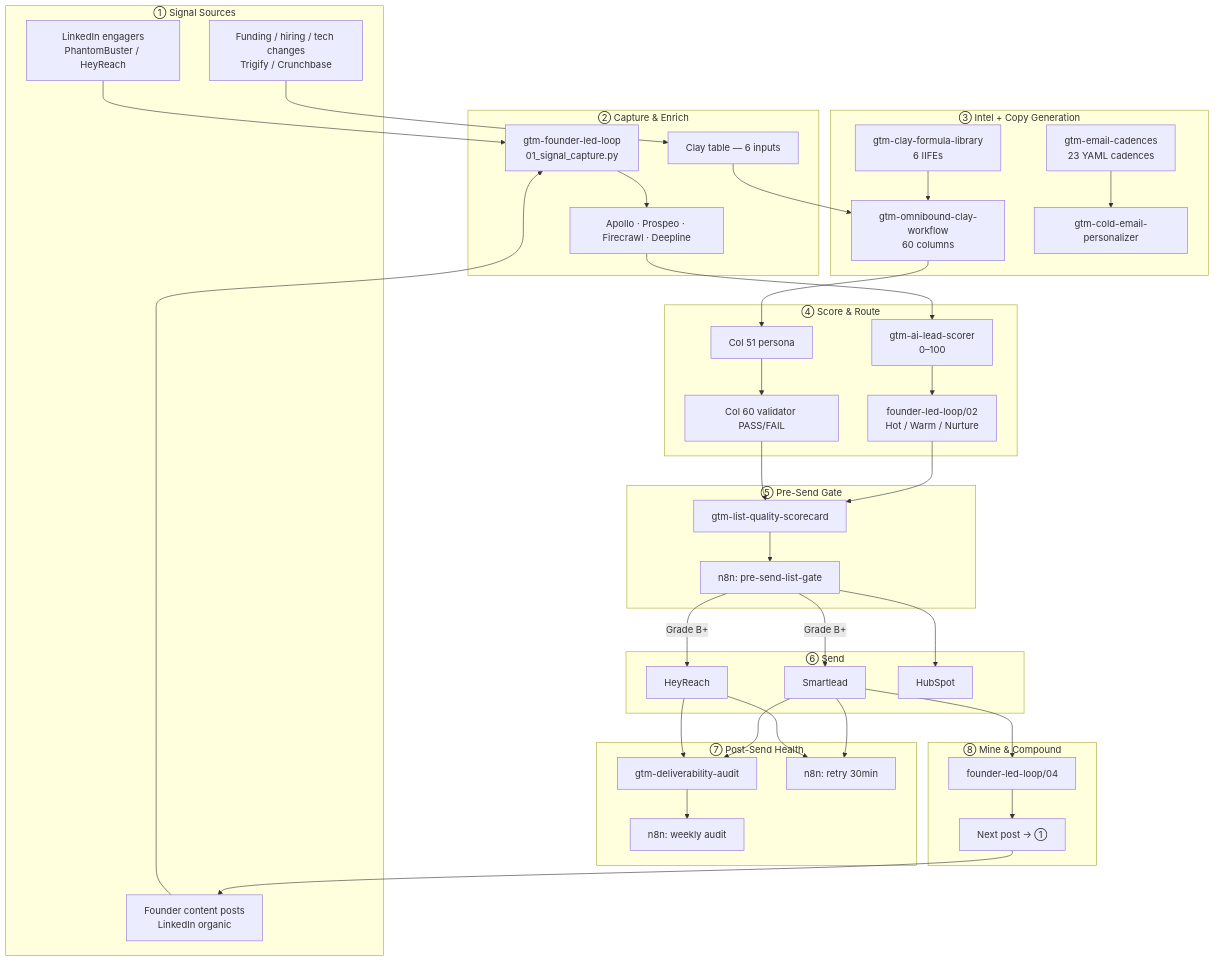
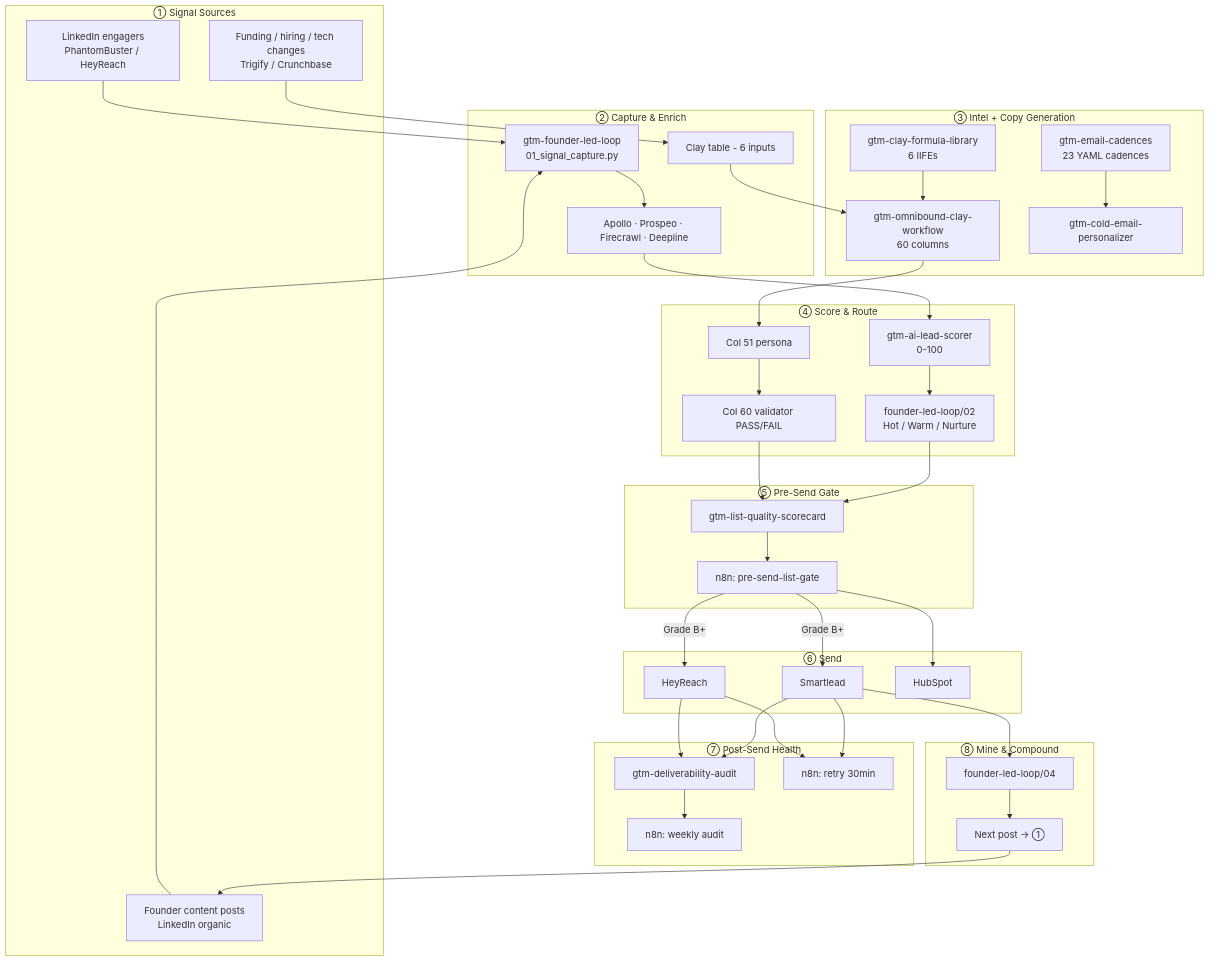
Before and after one commit to rasulshaikh/gtm-portfolio: the first of 6 diagrams in docs/architecture.md, drawn with Mermaid. The commit also changed other lines of this file and 14 other files, not shown here.

````diff
--- a/docs/architecture.md
+++ b/docs/architecture.md
@@ -12,75 +12,75 @@
 ```mermaid
 flowchart TB
     subgraph SIGNALS["① Signal Sources"]
         LI[LinkedIn engagers<br/>PhantomBuster / HeyReach]
         FUND[Funding / hiring / tech changes<br/>Trigify / Crunchbase]
         CONTENT[Founder content posts<br/>LinkedIn organic]
     end
 
     subgraph CAPTURE["② Capture & Enrich"]
         FL01[gtm-founder-led-loop<br/>01_signal_capture.py]
-        CLAY_IN[Clay table — 6 inputs]
+        CLAY_IN[Clay table - 6 inputs]
         ENRICH[Apollo · Prospeo · Firecrawl · Deepline]
     end
 
     subgraph INTEL["③ Intel + Copy Generation"]
         OMN[gtm-omnibound-clay-workflow<br/>60 columns]
         CAD[gtm-email-cadences<br/>23 YAML cadences]
         PERS[gtm-cold-email-personalizer]
         FORM[gtm-clay-formula-library<br/>6 IIFEs]
     end
 
     subgraph SCORE["④ Score & Route"]
-        SCORER[gtm-ai-lead-scorer<br/>0–100]
+        SCORER[gtm-ai-lead-scorer<br/>0-100]
         FL02[founder-led-loop/02<br/>Hot / Warm / Nurture]
         PERSONA[Col 51 persona]
         VALID[Col 60 validator PASS/FAIL]
     end
 
     subgraph GATE["⑤ Pre-Send Gate"]
         LQS[gtm-list-quality-scorecard]
         N8N_GATE[n8n: pre-send-list-gate]
     end
 
     subgraph SEND["⑥ Send"]
         SL[Smartlead]
         HR[HeyReach]
         HS[HubSpot]
     end
 
     subgraph HEALTH["⑦ Post-Send Health"]
         AUDIT[gtm-deliverability-audit]
         N8N_AUDIT[n8n: weekly audit]
         RETRY[n8n: retry 30min]
     end
 
     subgraph LOOP["⑧ Mine & Compound"]
         FL04[founder-led-loop/04]
         NEXT[Next post → ①]
     end
 
     LI --> FL01
     FUND --> CLAY_IN
     CONTENT --> FL01
     FL01 --> ENRICH
     CLAY_IN --> OMN
     ENRICH --> SCORER
     OMN --> PERSONA --> VALID
     CAD --> PERS
     FORM --> OMN
     SCORER --> FL02
     FL02 --> LQS
     VALID --> LQS
     LQS --> N8N_GATE
     N8N_GATE -->|Grade B+| SL
     N8N_GATE -->|Grade B+| HR
     N8N_GATE --> HS
     SL --> AUDIT
     HR --> AUDIT
     AUDIT --> N8N_AUDIT
     SL --> RETRY
     HR --> RETRY
     SL --> FL04
     FL04 --> NEXT
     NEXT --> CONTENT
 ```
````
